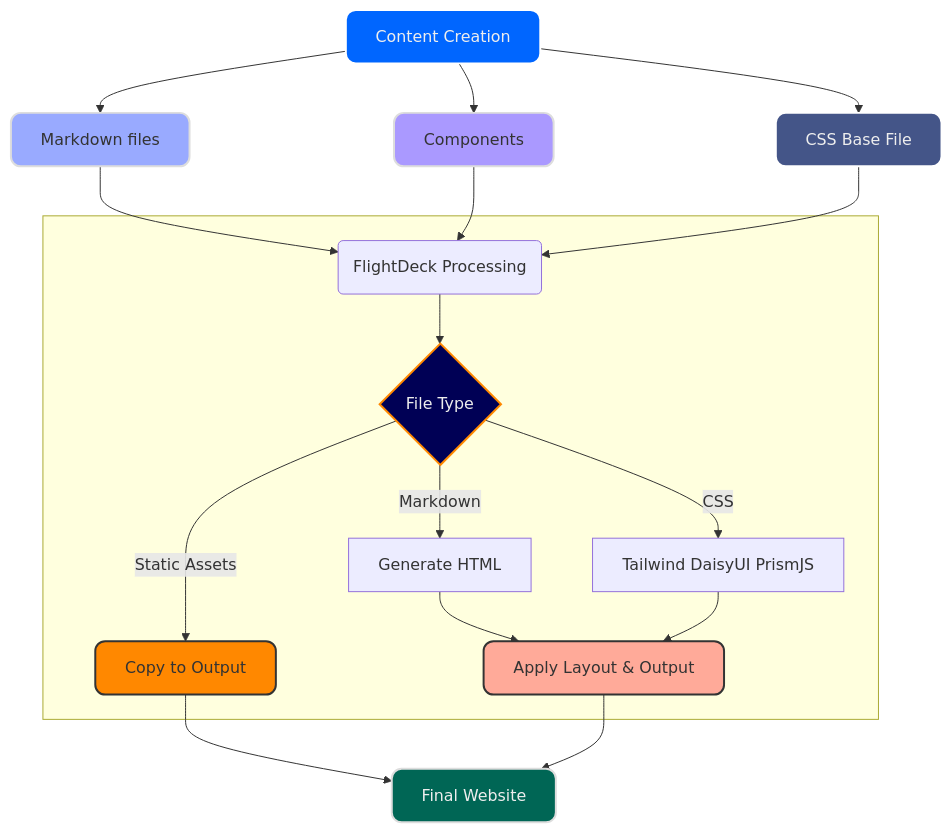
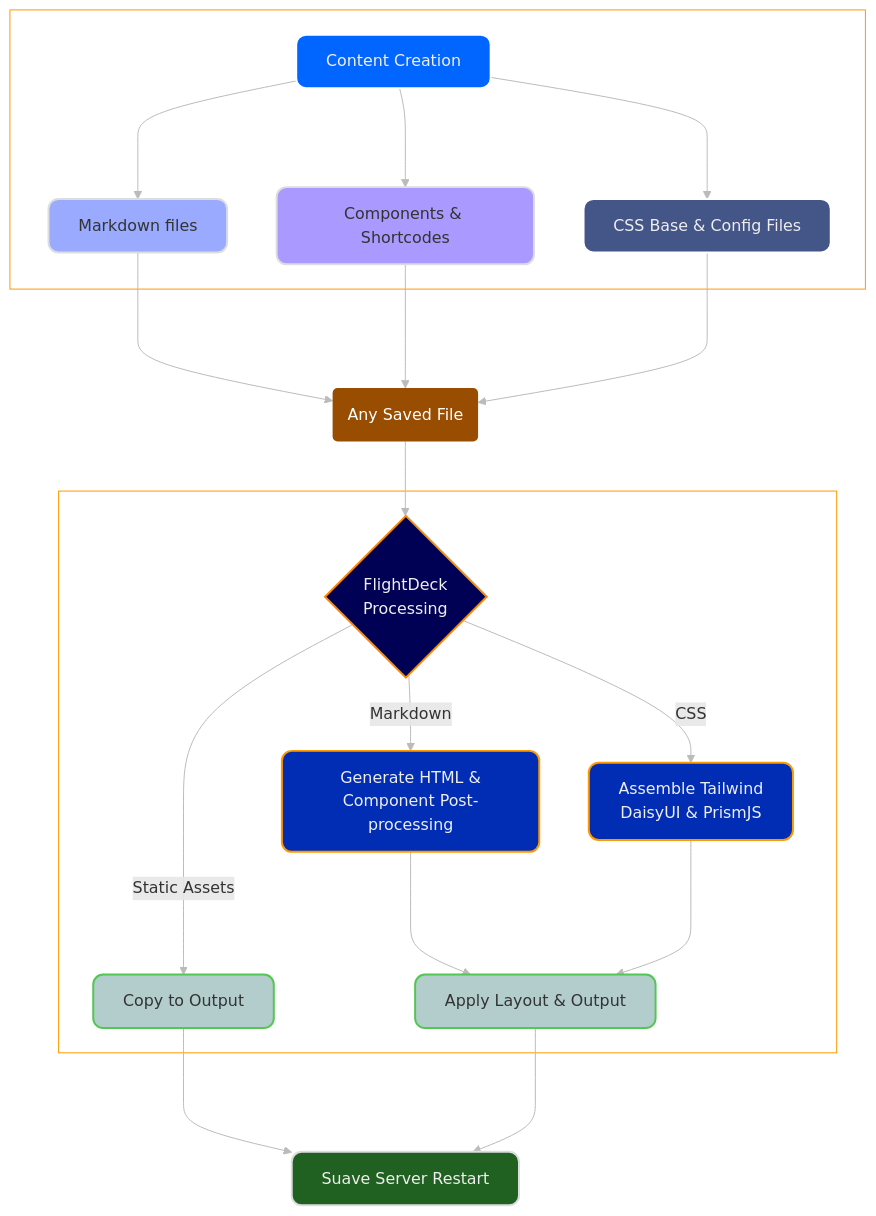
The diagram in src/generator/pages/about.md (speakez-llc/FornaxHome), drawn with Mermaid before and after one commit. The commit also changed 2 other files, not shown here.

Commit message:
update mermaid - add easing

````diff
--- a/src/generator/pages/about.md
+++ b/src/generator/pages/about.md
@@ -59,35 +59,56 @@
 ```mermaid
-flowchart TD
-    A[Content Creation] --> M[Markdown files]
-    A[Content Creation] --> S[CSS Base File]
-    A[Content Creation] --> P[Components]
-    M --> B(FlightDeck Processing)
-    P --> B(FlightDeck Processing)
-    S --> B(FlightDeck Processing)
-    B --> C{File Type}
-    C -->|Markdown| D[Generate HTML]
-    C -->|CSS| E[Tailwind DaisyUI PrismJS]
+
+%%{
+  init: {
+    'themeVariables': {
+      'lineColor': '#BBB',
+      'clusterLabelColor': '#666',  
+      'clusterBkg': 'transparent',
+      'clusterBorder': '#ff9900'
+    }
+  }
+}%%
+
+flowchart
+    A[Content Creation] ---> M[Markdown files]
+    A[Content Creation] ---> S[CSS Base & Config Files]
+    A[Content Creation] ---> P[Components & Shortcodes]
+    M ---> B(Any Saved File)
+    P ---> B
+    S ---> B
+    B --> C{FlightDeck<br>Processing}
+    C -->|Markdown| D[Generate HTML &<br>Component Post-processing]
+    C -->|CSS| E[Assemble Tailwind<br>DaisyUI & PrismJS]
     C -->|Static Assets| F[Copy to Output]
-    D --> G[Apply Layout & Output]
-    E --> G
-    F --> H[Final Website]
-    G --> H
+    D ---> G[Apply Layout & Output]
+    E ---> G
+    F ---> H[Suave Server Restart]
+    G ---> H
     
+    subgraph "  "
+    A
+    M
+    S
+    P
+    end
+
     subgraph " "
-    B
     C
     D
     E
     F
     G
     end
-    
+
+    style A fill:#06F,stroke:#FFF,stroke-width:2px,rx:10,ry:10,padding:10px,color:#EEE;
+    style B fill:#994d00,stroke-width:0px,padding:10px,color:#FFF;
     style C fill:#005,stroke:#F80,stroke-width:2px,rx:10,ry:10,padding:10px,color:#EEE;
+    style D fill:#002db3,stroke:#ff9900,stroke-width:2px,rx:10,ry:10,padding:10px,color:#EEE;
+    style E fill:#002db3,stroke:#ff9900,stroke-width:2px,rx:10,ry:10,padding:10px,color:#EEE;
+    style F fill:#b3cccc,stroke:#53c653,stroke-width:2px,rx:10,ry:10,padding:10px;
+    style G fill:#b3cccc,stroke:#53c653,stroke-width:2px,rx:10,ry:10,padding:10px;
+    style H fill:#206020,stroke:#DDD,stroke-width:2px,rx:10,ry:10,padding:10px,color:#EEE;
+    style M fill:#9AF,stroke:#DDD,stroke-width:2px,rx:10,ry:10,padding:10px;
     style P fill:#A9F,stroke:#DDD,stroke-width:2px,rx:10,ry:10,padding:10px;
-    style M fill:#9AF,stroke:#DDD,stroke-width:2px,rx:10,ry:10,padding:10px;
     style S fill:#458,stroke:#FFF,stroke-width:2px,rx:10,ry:10,padding:10px,color:#EEE;
-    style A fill:#06F,stroke:#FFF,stroke-width:2px,rx:10,ry:10,padding:10px,color:#EEE;
-    style H fill:#065,stroke:#DDD,stroke-width:2px,rx:10,ry:10,padding:10px,color:#EEE;
-    style F fill:#F80,stroke:#333,stroke-width:2px,rx:10,ry:10,padding:10px;
-    style G fill:#FA9,stroke:#333,stroke-width:2px,rx:10,ry:10,padding:10px;
 ```
````
